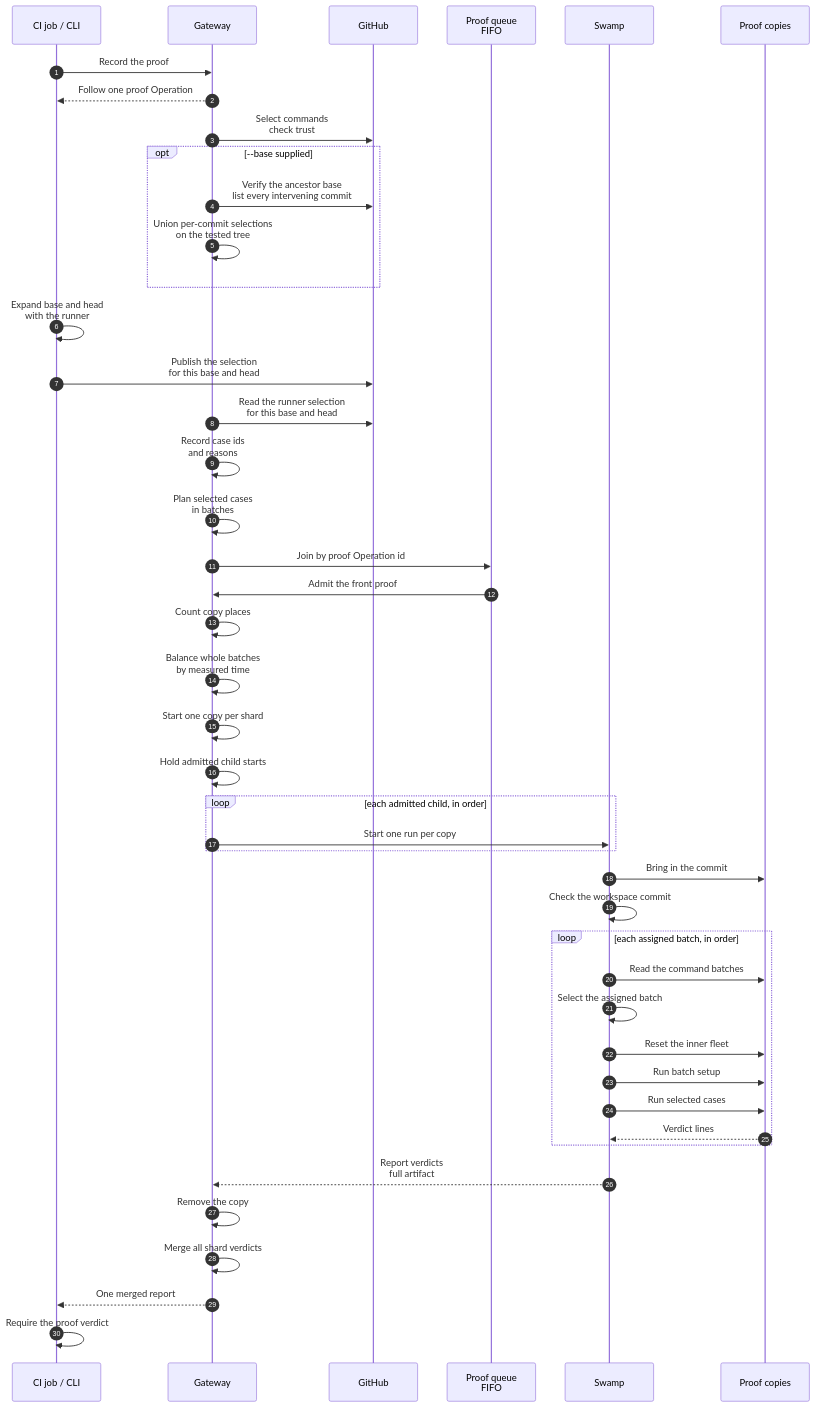
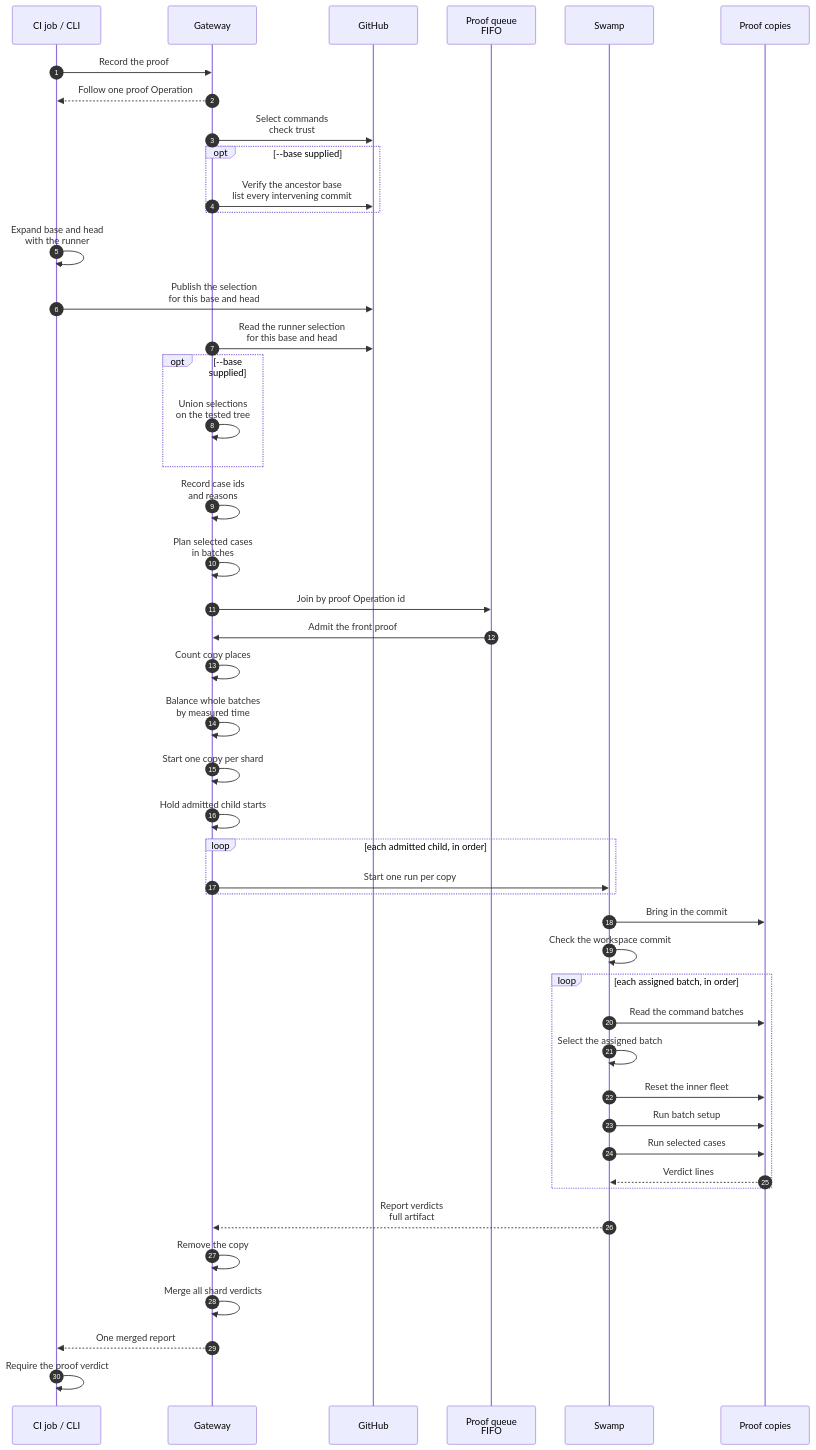
The diagram in docs/cli/proof/run.mmd (hardimpactdev/orbit), drawn with Mermaid before and after one commit. The commit also changed 23 other files, not shown here.

Commit message:
Select proof ranges per commit on the tested tree

```diff
--- a/docs/cli/proof/run.mmd
+++ b/docs/cli/proof/run.mmd
@@ -1,83 +1,85 @@
 sequenceDiagram
   %% status: draft
   %% command: proof:run
   %% kind: proof.run
   autonumber
   participant CLI as CI job / CLI
   participant GW as Gateway
   participant GH as GitHub
   participant Q as Proof queue<br/>FIFO
   participant SW as Swamp
   participant CP as Proof copies
   CLI->>GW: Record the proof
   %%> Record commit, authenticated caller and options, then queue admission. The proof Project is a nested-fleet Project whose tasks run as copies of its default Instance. Operator and CI proofs use the same copy places.
   GW-->>CLI: Follow one proof Operation
   GW->>GH: Select commands<br/>check trust
   %%> Read the trusted commit, selection list and cases. A fork needs approval of this head and run-proofs. No selected command succeeds without a copy. Trust passes before any copy exists: a copy holds the nested Club key, so untrusted code never reaches one.
   opt --base supplied
     GW->>GH: Verify the ancestor base<br/>list every intervening commit
     %%> The base is exclusive and the tested commit is inclusive. Refuse a missing or non-ancestor base. An equal base selects nothing. Read each commit's changes against its first parent and its own selection list; never use the net diff of the range.
-    GW->>GW: Union per-commit selections<br/>on the tested tree
-    %%> A whole-file selection includes its current cases. Otherwise union selected ids and keep only ids still present at the tested commit. List removed files and ids as uncovered, gone at tested SHA. Trust remains on the newest exact SHA. Case receipts and execution are unchanged.
   end
   CLI->>CLI: Expand base and head<br/>with the runner
   %%> The runner validates and expands fixtures, list vars, variants and batch setup. Compare its canonical per-case definitions by id. Command code changes select the whole file. Runner, selection code or selection list changes disable narrowing for every selected command. Tooling alone selects no commands. Unknown fixture keys and any planning doubt select the whole file.
   CLI->>GH: Publish the selection<br/>for this base and head
   %%> CI consumes this same result and uploads proof-selection.json before proof admission. Include every considered file, even when it selects zero cases.
   GW->>GH: Read the runner selection<br/>for this base and head
-  %%> Accept only the exact version, head, merge base and cases file. Missing, expired, malformed or mismatched results select the whole file. The Gateway does not compare YAML definitions.
+  %%> For a range, read each intervening commit's exact first-parent comparison. Accept only the exact version, head, merge base and cases file. Missing, expired, malformed or mismatched results select the whole file. The Gateway does not compare YAML definitions.
+  opt --base supplied
+    GW->>GW: Union selections<br/>on the tested tree
+    %%> A whole-file selection includes its current cases. Otherwise union selected ids and keep only ids still present at the tested commit. List removed files and ids as uncovered, gone at tested SHA. Trust remains on the newest exact SHA. Case receipts and execution are unchanged.
+  end
   GW->>GW: Record case ids<br/>and reasons
   %%> Select added and changed cases and their variants, and users whose expanded dependencies changed. Deleted cases select nothing. Report changed, added, uses changed fixture, uses changed var, batch setup changed, command code changed or proof tooling changed. A verified zero-case selection succeeds without a copy.
   GW->>GW: Plan selected cases<br/>in batches
   %%> Expand selected variant ids only. Sum measured case seconds from prior reports; unseen cases use the measured median, or one second with no history.
   GW->>Q: Join by proof Operation id
   %%> When:
   %%> - Earlier open parents without runs block both operator and CI proofs, including during selection. Ended or cancelled parents and proofs with nothing to prove leave the queue. An older parent's own 7200-second admission allowance bounds its wait.
   Q->>GW: Admit the front proof
   %%> Why:
   %%> - The Swamp Node shares one CPU core, so only one proof works at a time. Under the admission transaction, check the place before creating groups or children; record runs and the execution start time together.
   %%> When:
   %%> - An open parent with runs or an unresolved child holds the place. Stale children and their parent's run list cannot hold it alone. Parent cancellation alone cannot free it.
   %%> - A held start stays protected while its parent is open within its 7200-second allowance from creation. The watchdog cancels unreleased children without a native run when their parent ended or is missing, using normal group cleanup.
   %%> - Other parents retry every 20 seconds. While a proof holds the place, show "Waiting for proof Operation <id> to finish." as the step and capacity reason. A waiting parent reads `waiting` and has no start time; at admission it reads `running` with its start time, and the step clears. It holds no place.
   %%> On failure:
   %%> - A child that nothing ends stops holding the place after its own deadline plus the existing 60-minute stale-hold bound. Without a deadline, use its last activity plus the longest shard budget and that bound. A timed-out lock holder uses its finish time, or last activity when absent, plus the bound.
   %%> - If that cancellation is lost, a held child of an ended or missing parent stops holding the place 60 minutes after its last activity. Admission past a stale child warns after commit and gateway:status reports gateway.proof_place_stale_child. Admission never changes the stale child.
   %%> - Waiting more than 7200 seconds from creation fails proof.capacity_timeout, for both operator and CI proofs. No free copy place uses the same allowance.
   GW->>GW: Count copy places
   %%> Places: at most proof.copies (2), and never the last two copy places of the Node of the proof Project's default: min(proof.copies, copies_max - live copies - 2). With no place the proof waits, retrying every 20 seconds. Read the default and its Node's ID map before the admission transaction.
   GW->>GW: Balance whole batches<br/>by measured time
   %%> Longest measured batch first; assign each to the least loaded copy. Selected cases of a batch stay together. Record expected cases and all shard operations atomically. Each shard records its run budget: 600 s for the shard, 180 s for each batch and the measured case seconds, times 1.5, rounded up to five minutes, at most two hours.
   GW->>GW: Start one copy per shard
   %%> In the admission transaction, each shard's task group starts an `instance.create` of a copy of the default's seed, the same start as a task copy, and records its run child.
   GW->>GW: Hold admitted child starts
   %%> Keep unrelated Operations able to start while this proof hands over its children. Execution copies must all succeed before the first start is queued. A child is not due until its copy is `active`: Orbit checks again every 20 seconds. A copy whose create or completion failed, or that is gone, fails its child with proof.run_failed; its cases are unrun.
   loop each admitted child, in order
     GW->>SW: Start one run per copy
     %%> Queue only the first start, then queue its successor 20 seconds after its answer, including refusal or definite job failure. A lost confirmation never permits resubmission. Its successor waits until recovery binds the run or the child ends, bounded by the released child's 600-second admission deadline. The next start is due 20 seconds after that resolution. Before submission, an ended or cancelled parent cancels the child through normal cancellation and group cleanup.
     %%> A held child has no native admission deadline. Release starts its normal 600-second admission budget and preserves its captured execution budget. A lost successor uses the existing watchdog: after the parent's allowance, all children quiet for 300 seconds makes unstarted children fail with proof.admission_interrupted and cleans up their groups.
   end
   SW->>CP: Bring in the commit
   %%> One Ansible phase from the copy's Node, as `orbit` in the copy: fetch the commit by SHA from the public Orbit repository through the copy's own egress, check it out detached, and run each of the Project's development deploy steps whose inputs changed since the seed. A failed fetch fails by name after 60 s. No retry.
   SW->>SW: Check the workspace commit
   %%> The workspace is at the commit under proof, or the run fails with proof.workspace_commit_mismatch before any case. Each batch's reset restarts and migrates the nested Gateway on this checkout, and the runner applies its grants and collections, so the fleet runs the tested code.
   loop each assigned batch, in order
     SW->>CP: Read the command batches
     SW->>SW: Select the assigned batch
     SW->>CP: Reset the inner fleet
     SW->>CP: Run batch setup
     SW->>CP: Run selected cases
     %%> A copy runs no replay of flagged cases (`fails_on_base: true`) on the merge base: the head's verdicts are the run's.
     CP-->>SW: Verdict lines
     %%> The Gateway records the verdict lines of each batch on its shard as the batch ends. A shard that ends at its run budget keeps them; only the cases of the batches that did not end are unrun.
   end
   SW-->>GW: Report verdicts<br/>full artifact
   %%> Capture the full report, not its 4 KiB history tail. Identify command and file on each line. Missing, duplicate or unexpected case verdicts prevent a pass; a missing expected case is unrun.
   GW->>GW: Remove the copy
   %%> Every run end (passed, failed, cancelled, timed out, interrupted, never started) cancels its group with discard, which destroys the copy. A busy copy is asked again; the watchdog asks again for every group of a proof Operation that still owns a copy.
   GW->>GW: Merge all shard verdicts
   %%> Wait for every admitted child, require every expected case and every selected command, and close one proof result. Preserve a native interrupted shard as inconclusive interrupted coverage, even with all passed rows. A completed failed case or a non-interrupted child that did not pass takes precedence and fails the proof. Keep every case verdict, including synthesized unrun rows. Cancellation and admission interruption keep their existing failure semantics.
   GW-->>CLI: One merged report
   CLI->>CLI: Require the proof verdict
   %%> The proof job is in Required checks. A selected command with a failed case or no verdict fails. An interrupted result stays interrupted in the receipt and exits nonzero, including with all passed rows. Malformed coverage or a nonzero CLI exit never passes. No selected command passes. Capacity is only a bounded wait, never a successful no-case result.
   %%> A fork uses the outside proof's status on this exact head. A missing, pending or failed status fails Required checks; rerun the failed Required job after the approved outside proof succeeds.
```
